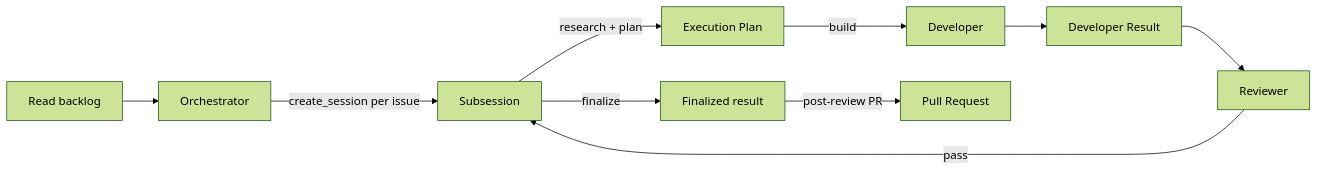
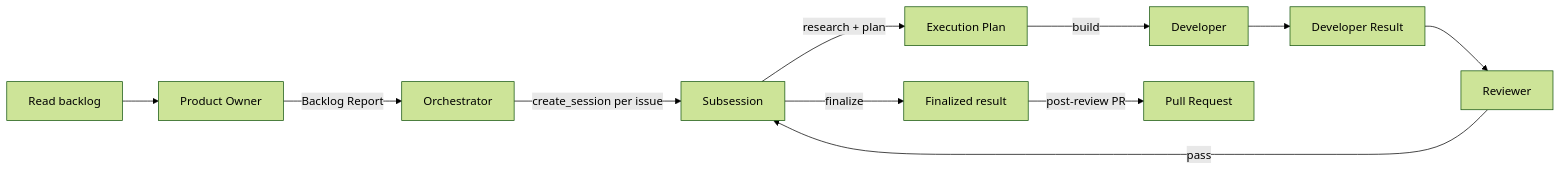
One commit to lfarci/loganfarci.com changed the diagram in docs/agents/simple-delivery.md. Above: the diagram before and after it, drawn with Mermaid (forest theme). The commit also changed other lines of this file and 2 other files, not shown here.

Commit message:
feat(agents): add product owner triage

````diff
--- a/docs/agents/simple-delivery.md
+++ b/docs/agents/simple-delivery.md
@@ -47,12 +50,13 @@
 ```mermaid
 flowchart LR
-    B[Read backlog] --> O[Orchestrator]
+    B[Read backlog] --> PO[Product Owner]
+    PO -->|Backlog Report| O[Orchestrator]
         O -->|create_session per issue| S[Subsession]
     S -->|research + plan| P[Execution Plan]
     P -->|build| D[Developer]
     D --> R[Developer Result]
     R --> V[Reviewer]
     V -->|pass| S
     S -->|finalize| F[Finalized result]
     F -->|post-review PR| PR[Pull Request]
 ```
````
